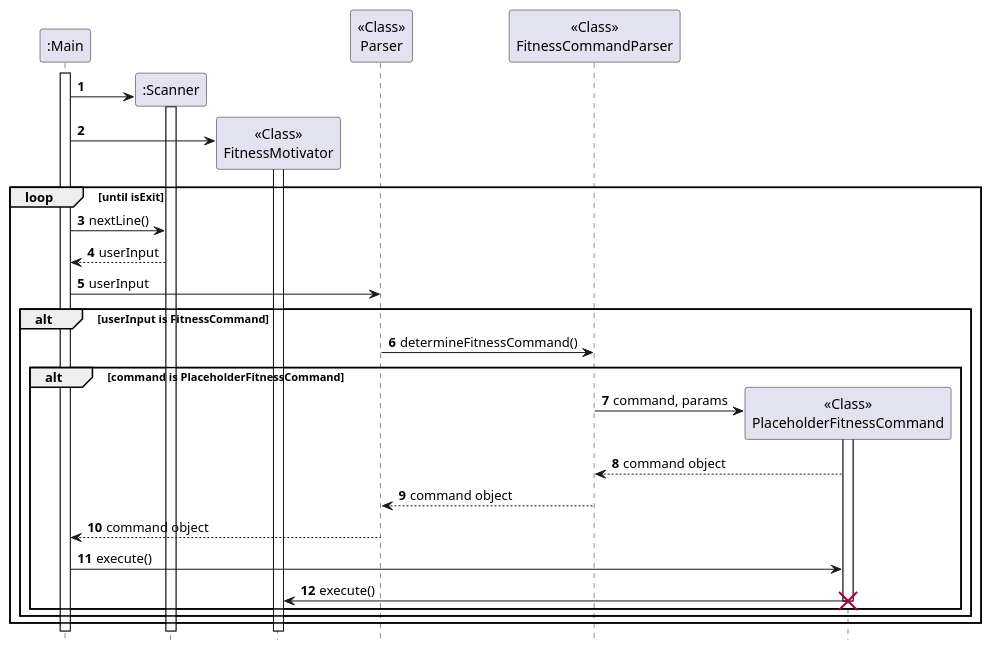
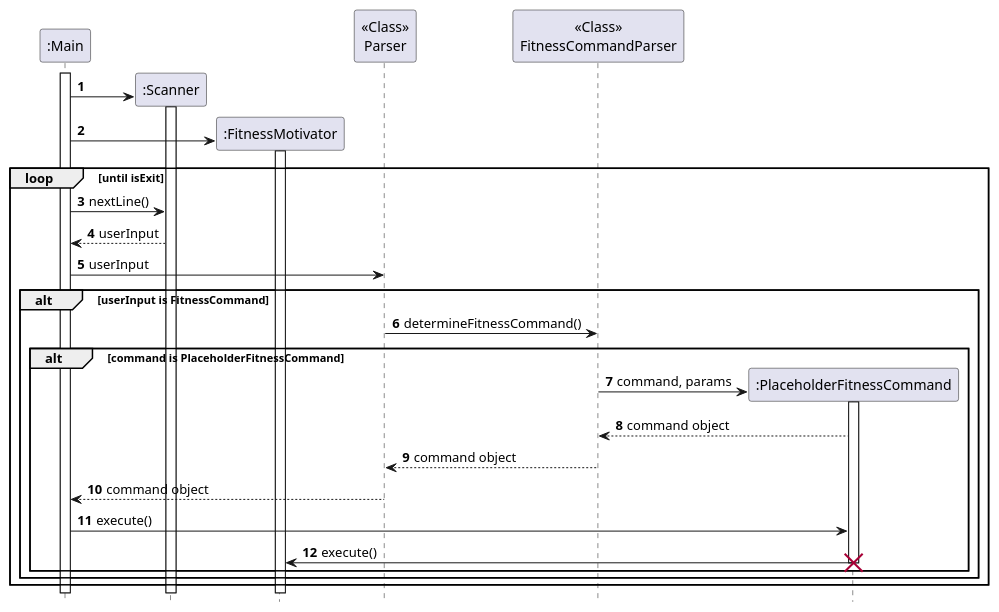
The diagram in docs/diagrams/fitness/FitnessSequenceDiagram.puml (AY2324S2-CS2113-T11-1/tp), drawn with PlantUML before and after one commit. The commit also changed 1 other file, not shown here.

Commit message:
Minor Update to sequence Diagram for Developer Guide

```diff
--- a/docs/diagrams/fitness/FitnessSequenceDiagram.puml
+++ b/docs/diagrams/fitness/FitnessSequenceDiagram.puml
@@ -1,45 +1,45 @@
 @startuml
 
 autonumber
 
 participant ":Main" as Main
 participant ":Scanner" as Scanner
-participant "<<Class>>\nFitnessMotivator" as FitnessMotivator
+participant ":FitnessMotivator" as FitnessMotivator
 participant "<<Class>>\nParser" as Parser
 participant "<<Class>>\nFitnessCommandParser" as FitnessCommandParser
-participant "<<Class>>\nPlaceholderFitnessCommand" as PlaceholderFitnessCommand
+participant ":PlaceholderFitnessCommand" as PlaceholderFitnessCommand
 
 hide footbox
 
 activate Main
 
 create Scanner
 Main -> Scanner
 activate Scanner
 
 create FitnessMotivator
 Main -> FitnessMotivator
 activate FitnessMotivator
 
 loop until isExit
 
     Main -> Scanner: nextLine()
     Scanner --> Main: userInput
     Main -> Parser: userInput
     alt userInput is FitnessCommand
         Parser -> FitnessCommandParser: determineFitnessCommand()
         alt command is PlaceholderFitnessCommand
             create PlaceholderFitnessCommand
             FitnessCommandParser -> PlaceholderFitnessCommand: command, params
             activate PlaceholderFitnessCommand
             PlaceholderFitnessCommand --> FitnessCommandParser: command object
             FitnessCommandParser --> Parser: command object
             Parser --> Main: command object
             Main -> PlaceholderFitnessCommand: execute()
             PlaceholderFitnessCommand -> FitnessMotivator: execute()
             destroy PlaceholderFitnessCommand
         end
     end
 end
 
 @enduml
```
